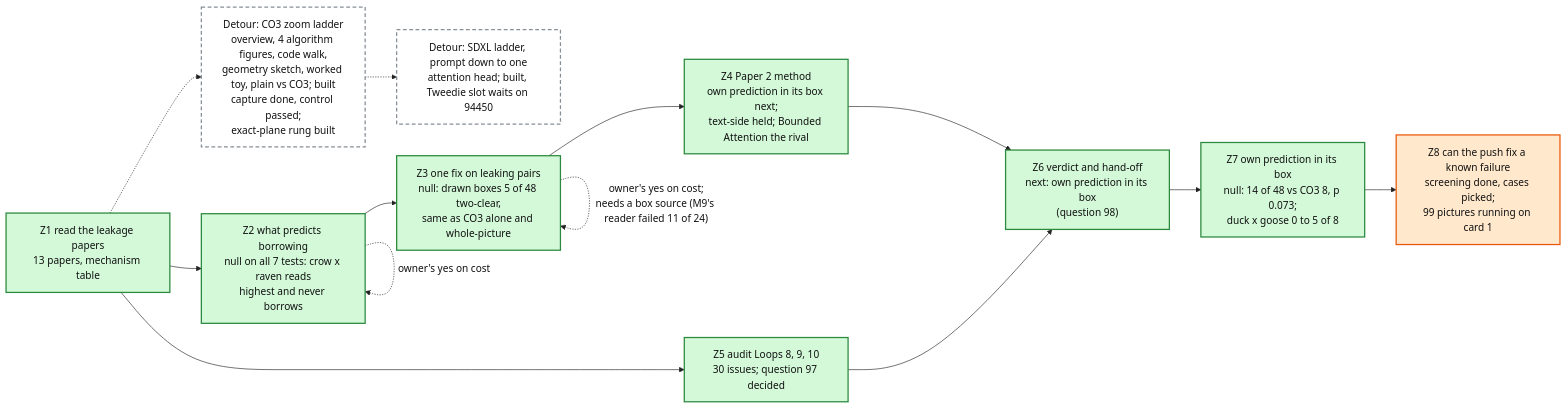
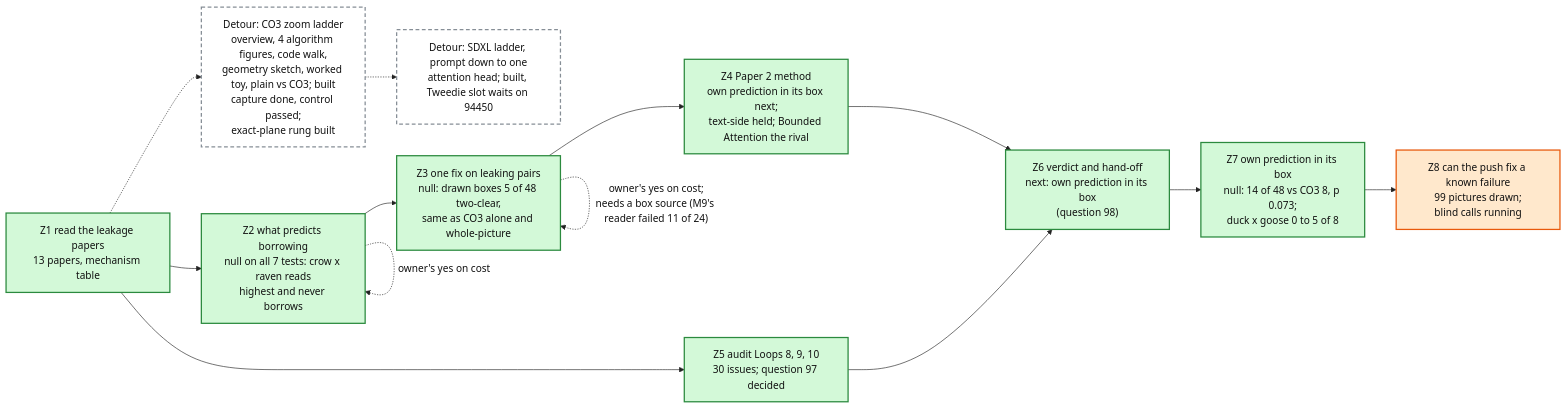
The diagram in artifacts/notes/progress/leakage/loop-12-progress.mmd (mo-rsa24/concept-composition), drawn with Mermaid before and after one commit. The commit also changed 1 other file, not shown here.

Commit message:
Loop 12 map: Z8 drawn, blind calls running

```diff
--- a/artifacts/notes/progress/leakage/loop-12-progress.mmd
+++ b/artifacts/notes/progress/leakage/loop-12-progress.mmd
@@ -1,24 +1,24 @@
 %%{init: {'theme': 'base', 'themeVariables': {'fontFamily': 'monospace', 'primaryColor': '#ffffff', 'primaryBorderColor': '#222222', 'primaryTextColor': '#111111', 'lineColor': '#222222'}}}%%
 flowchart LR
   Z1["Z1 read the leakage papers<br/>13 papers, mechanism table"]:::done
   Z2["Z2 what predicts borrowing<br/>null on all 7 tests: crow x raven reads<br/>highest and never borrows"]:::done
   Z3["Z3 one fix on leaking pairs<br/>null: drawn boxes 5 of 48 two-clear,<br/>same as CO3 alone and whole-picture"]:::done
   Z4["Z4 Paper 2 method<br/>own prediction in its box next;<br/>text-side held; Bounded Attention the rival"]:::done
   Z5["Z5 audit Loops 8, 9, 10<br/>30 issues; question 97 decided"]:::done
   Z6["Z6 verdict and hand-off<br/>next: own prediction in its box<br/>(question 98)"]:::done
   LAD["Detour: CO3 zoom ladder<br/>overview, 4 algorithm figures, code walk,<br/>geometry sketch, worked toy, plain vs CO3; built<br/>capture done, control passed;<br/>exact-plane rung built"]:::detour
   Z1 -.-> LAD
   SDX["Detour: SDXL ladder, prompt down to one<br/>attention head; built, Tweedie slot waits on 94450"]:::detour
   LAD -.-> SDX
   Z1 --> Z2 --> Z3 --> Z4 --> Z6
   Z1 --> Z5 --> Z6
   Z2 -. "owner's yes on cost" .-> Z2
   Z3 -. "owner's yes on cost;<br/>needs a box source (M9's reader failed 11 of 24)" .-> Z3
   Z7["Z7 own prediction in its box<br/>null: 14 of 48 vs CO3 8, p 0.073;<br/>duck x goose 0 to 5 of 8"]:::done
   Z6 --> Z7
-  Z8["Z8 can the push fix a known failure<br/>screening done, cases picked;<br/>99 pictures running on card 1"]:::doing
+  Z8["Z8 can the push fix a known failure<br/>99 pictures drawn;<br/>blind calls running"]:::doing
   Z7 --> Z8
   classDef done fill:#d3f9d8,stroke:#2b8a3e,stroke-width:2px
   classDef doing fill:#ffe8cc,stroke:#e8590c,stroke-width:2px
   classDef detour fill:#ffffff,stroke:#868e96,stroke-width:2px,stroke-dasharray: 6 4
   classDef todo fill:#f1f3f5,stroke:#868e96,stroke-width:2px
```
